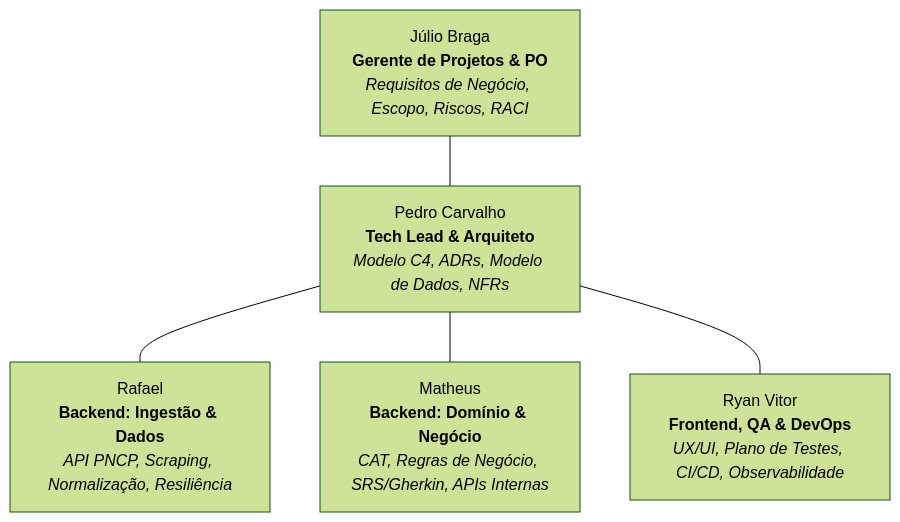
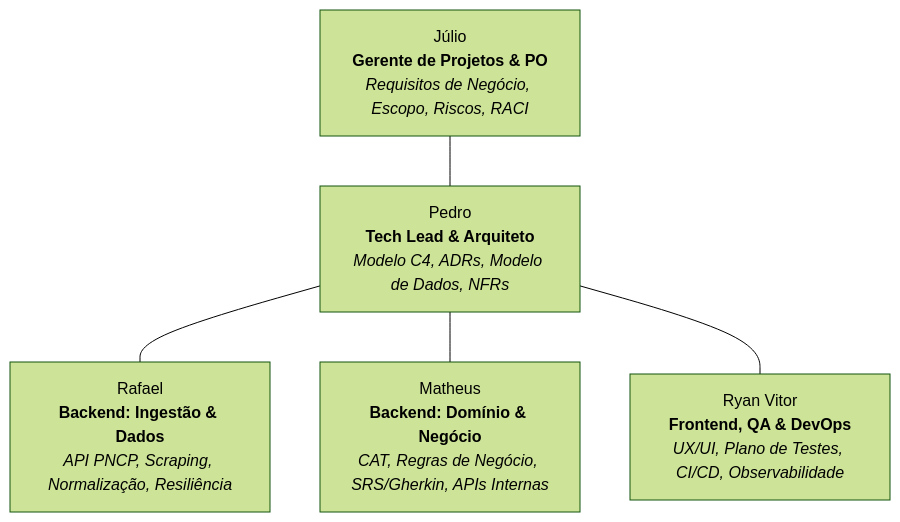
One commit to pedrocarvalhod3v/PROTOCOLO changed the first of 3 diagrams in escopo_e_cronograma_documentacaov2.md. Above: the diagram before and after it, drawn with Mermaid (forest theme). The commit also changed other lines of this file and 1 other file, not shown here.

````diff
--- a/escopo_e_cronograma_documentacaov2.md
+++ b/escopo_e_cronograma_documentacaov2.md
@@ -30,13 +30,13 @@
 ```mermaid
 graph TD
-    M1["Júlio Braga<br/><b>Gerente de Projetos & PO</b><br/><i>Requisitos de Negócio, Escopo, Riscos, RACI</i>"]
-    M2["Pedro Carvalho<br/><b>Tech Lead & Arquiteto</b><br/><i>Modelo C4, ADRs, Modelo de Dados, NFRs</i>"]
+    M1["Júlio<br/><b>Gerente de Projetos & PO</b><br/><i>Requisitos de Negócio, Escopo, Riscos, RACI</i>"]
+    M2["Pedro<br/><b>Tech Lead & Arquiteto</b><br/><i>Modelo C4, ADRs, Modelo de Dados, NFRs</i>"]
     M3["Rafael<br/><b>Backend: Ingestão & Dados</b><br/><i>API PNCP, Scraping, Normalização, Resiliência</i>"]
     M4["Matheus<br/><b>Backend: Domínio & Negócio</b><br/><i>CAT, Regras de Negócio, SRS/Gherkin, APIs Internas</i>"]
     M5["Ryan Vitor<br/><b>Frontend, QA & DevOps</b><br/><i>UX/UI, Plano de Testes, CI/CD, Observabilidade</i>"]
 
     M1 --- M2
     M2 --- M3
     M2 --- M4
     M2 --- M5
 ```
````
